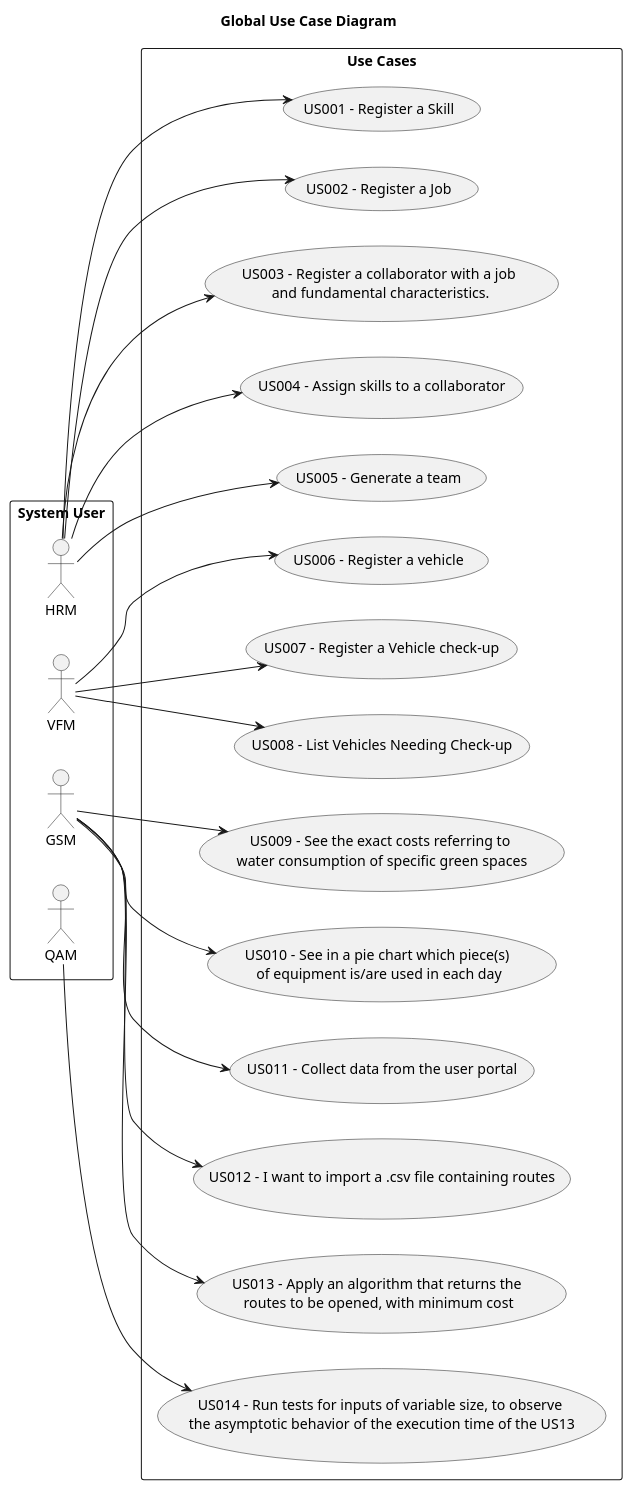
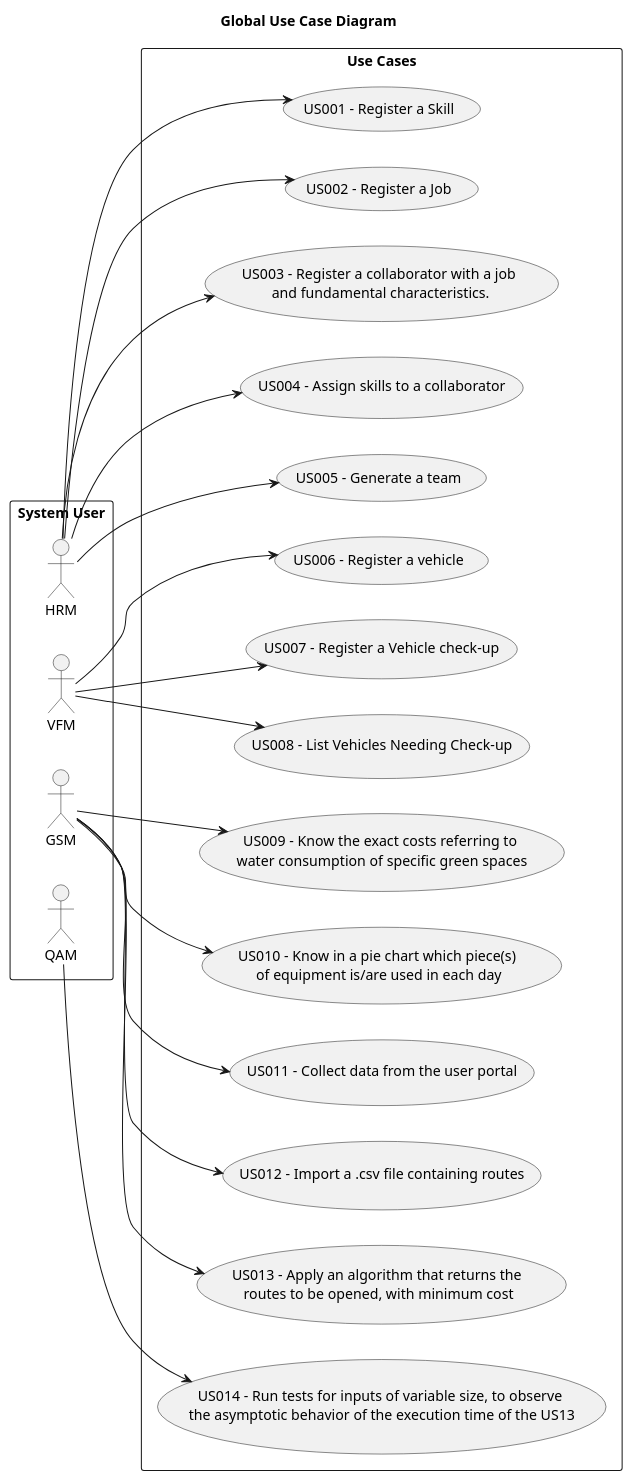
One commit to ricardomm7/leaflink changed the diagram in docs/sprintB/global-artifacts/01.requirements-engineering/puml/use-case-diagram.puml. Above: the diagram before and after it, drawn with PlantUML. The commit also changed 2 other files, not shown here.

```diff
--- a/docs/sprintB/global-artifacts/01.requirements-engineering/puml/use-case-diagram.puml
+++ b/docs/sprintB/global-artifacts/01.requirements-engineering/puml/use-case-diagram.puml
@@ -1,82 +1,82 @@
 @startuml
 skinparam monochrome true
 skinparam packageStyle rectangle
 skinparam shadowing false
 
 title Global Use Case Diagram
 
 left to right direction
 
 rectangle "System User" as actors {
     actor HRM
     actor VFM
     actor GSM
     actor QAM
 }
 
 rectangle "Use Cases" as usecases{
     usecase "US001 - Register a Skill" as US001
     HRM --> US001
 }
 
 rectangle "Use Cases" as usecases{
     usecase "US002 - Register a Job" as US002
     HRM --> US002
 }
 
 rectangle "Use Cases" as usecases{
     usecase "US003 - Register a collaborator with a job\n and fundamental characteristics." as US003
     HRM --> US003
 }
 
 rectangle "Use Cases" as usecases{
     usecase "US004 - Assign skills to a collaborator" as US004
     HRM --> US004
 }
 
 rectangle "Use Cases" as usecases{
     usecase "US005 - Generate a team" as US005
     HRM --> US005
 }
 
 rectangle "Use Cases" as usecases{
     usecase "US006 - Register a vehicle" as US006
     VFM --> US006
 }
 
 rectangle "Use Cases" as usecases{
     usecase "US007 - Register a Vehicle check-up" as US007
     VFM --> US007
 }
 
 rectangle "Use Cases" as usecases{
     usecase "US008 - List Vehicles Needing Check-up" as US008
     VFM --> US008
 }
 
 rectangle "Use Cases" as usecases{
-    usecase "US009 - See the exact costs referring to \nwater consumption of specific green spaces" as US009
+    usecase "US009 - Know the exact costs referring to \nwater consumption of specific green spaces" as US009
     GSM --> US009
 }
 
 rectangle "Use Cases" as usecases{
-    usecase "US010 - See in a pie chart which piece(s) \nof equipment is/are used in each day" as US010
+    usecase "US010 - Know in a pie chart which piece(s) \nof equipment is/are used in each day" as US010
     GSM --> US010
 }
 rectangle "Use Cases" as usecases{
     usecase "US011 - Collect data from the user portal" as US011
     GSM --> US011
 }
 rectangle "Use Cases" as usecases{
-    usecase "US012 - I want to import a .csv file containing routes" as US012
+    usecase "US012 - Import a .csv file containing routes" as US012
     GSM --> US012
 }
 rectangle "Use Cases" as usecases{
     usecase "US013 - Apply an algorithm that returns the \nroutes to be opened, with minimum cost" as US013
     GSM --> US013
 }
 rectangle "Use Cases" as usecases{
     usecase "US014 - Run tests for inputs of variable size, to observe \nthe asymptotic behavior of the execution time of the US13" as US014
     QAM --> US014
 }
 @enduml
```
